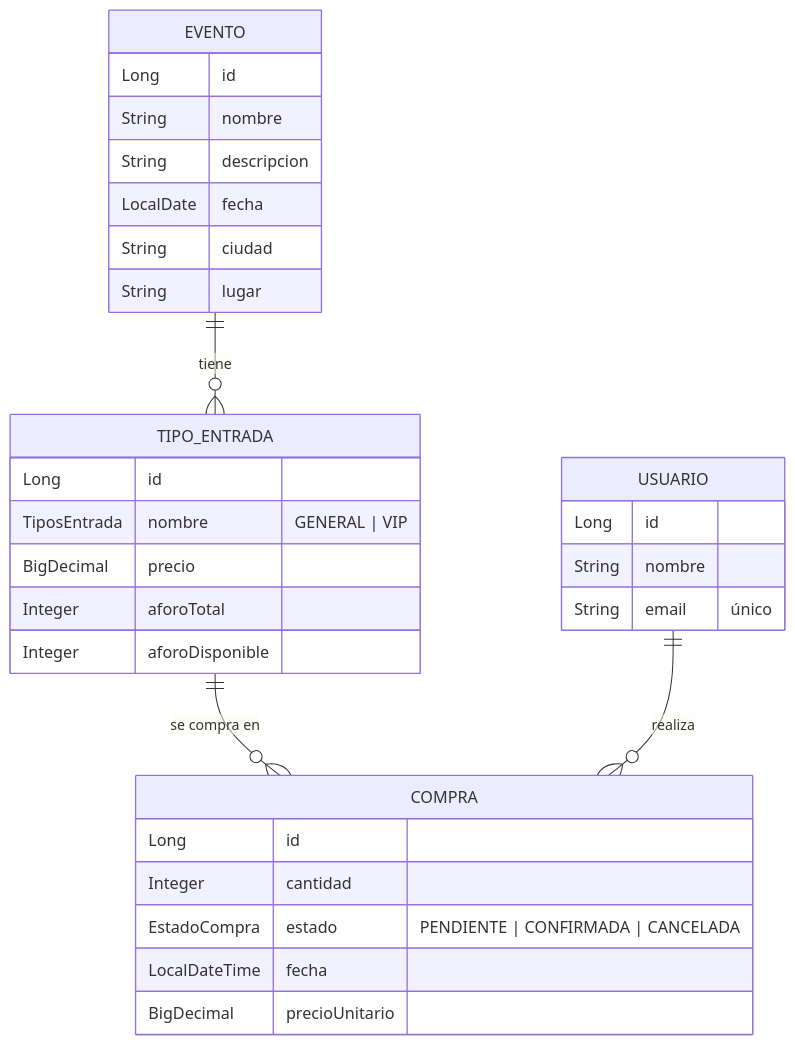
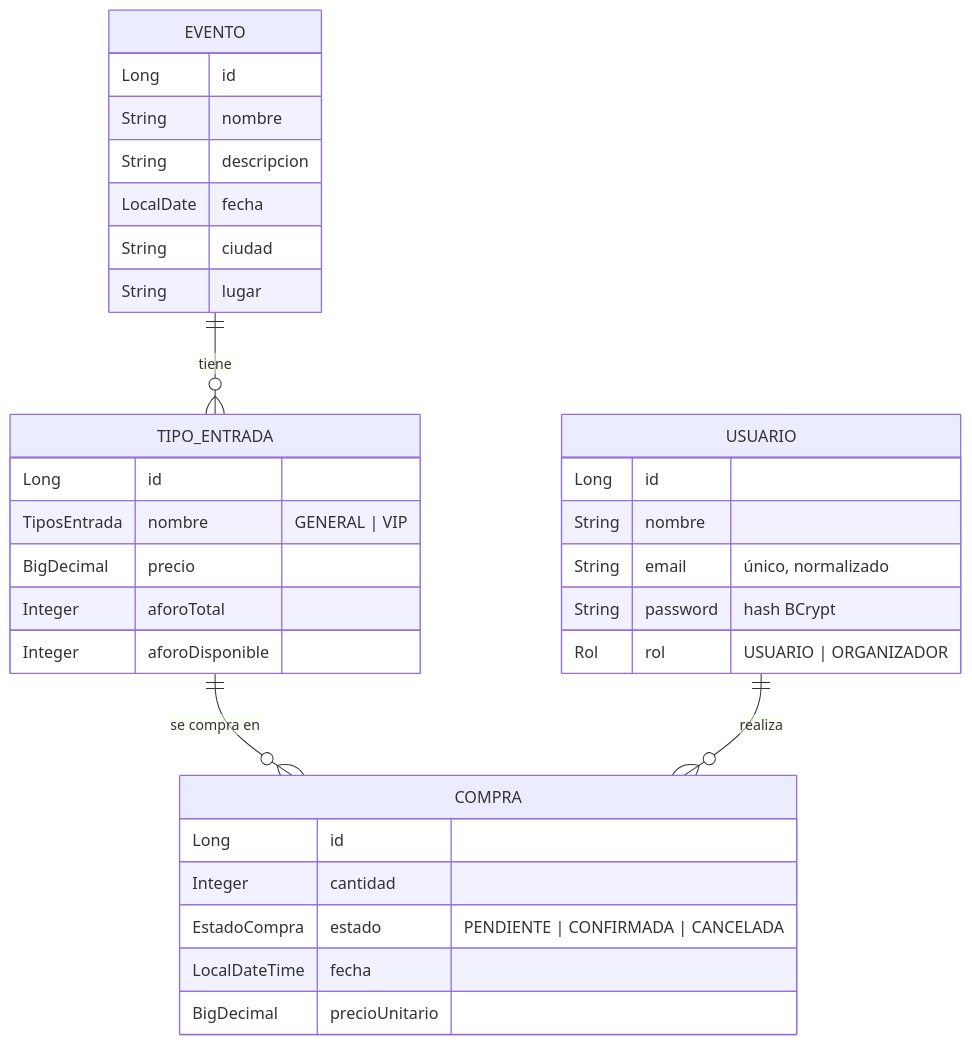
One commit to JnrPtt/event-ticketing-platform changed the diagram in README.md. Above: the diagram before and after it, drawn with Mermaid. The commit also changed other lines of this file and 13 other files, not shown here.

````diff
--- a/README.md
+++ b/README.md
@@ -142,34 +217,36 @@
 ```mermaid
 erDiagram
     EVENTO ||--o{ TIPO_ENTRADA : tiene
     TIPO_ENTRADA ||--o{ COMPRA : "se compra en"
     USUARIO ||--o{ COMPRA : realiza
 
     EVENTO {
         Long id
         String nombre
         String descripcion
         LocalDate fecha
         String ciudad
         String lugar
     }
     TIPO_ENTRADA {
         Long id
         TiposEntrada nombre "GENERAL | VIP"
         BigDecimal precio
         Integer aforoTotal
         Integer aforoDisponible
     }
     USUARIO {
         Long id
         String nombre
-        String email "único"
+        String email "único, normalizado"
+        String password "hash BCrypt"
+        Rol rol "USUARIO | ORGANIZADOR"
     }
     COMPRA {
         Long id
         Integer cantidad
         EstadoCompra estado "PENDIENTE | CONFIRMADA | CANCELADA"
         LocalDateTime fecha
         BigDecimal precioUnitario
     }
 ```
````
